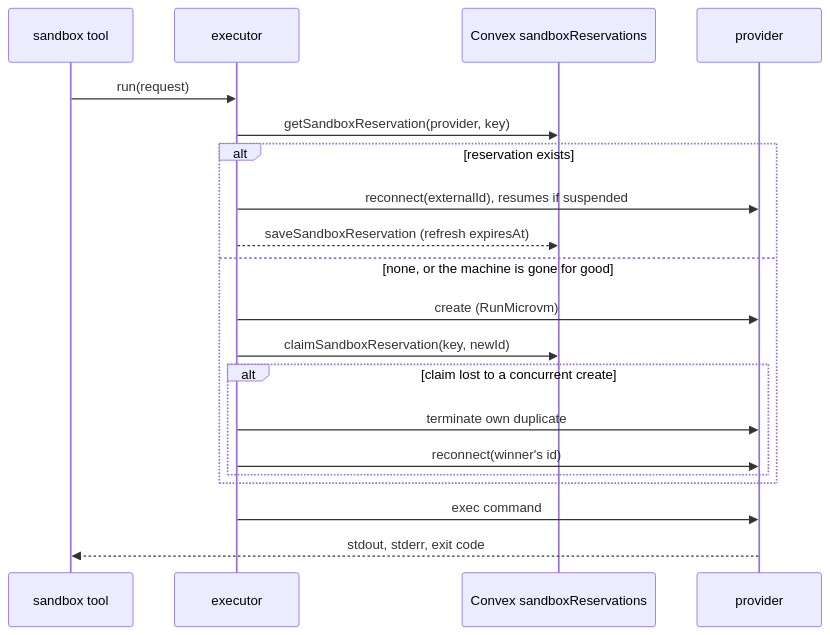
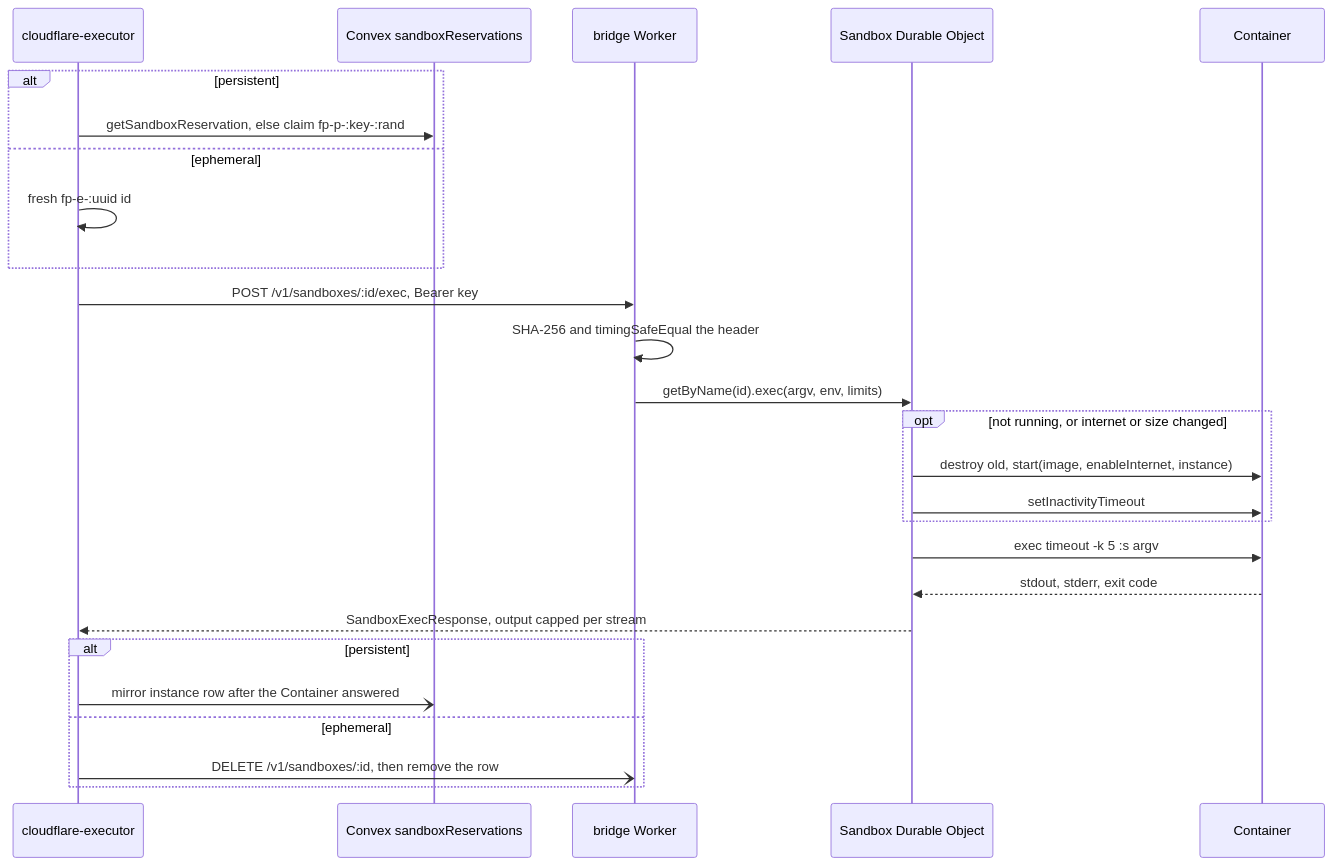
Before and after one commit to beeblastco/broods: diagram 16 of 21 in apps/docs/docs/internals/sandboxes.md, drawn with Mermaid. The commit also changed other lines of this file and 22 other files, not shown here.

First line of the commit message:
docs: fold the Cloudflare pages into their sections, rewrite internals diagram-first (#1010)

````diff
--- a/apps/docs/docs/internals/sandboxes.md
+++ b/apps/docs/docs/internals/sandboxes.md
@@ -325,23 +474,29 @@
 ```mermaid
 sequenceDiagram
-  participant T as sandbox tool
-  participant E as executor
+  participant E as cloudflare-executor
   participant R as Convex sandboxReservations
-  participant P as provider
+  participant W as bridge Worker
+  participant DO as Sandbox Durable Object
+  participant C as Container
 
-  T->>E: run(request)
-  E->>R: getSandboxReservation(provider, key)
-  alt reservation exists
-    E->>P: reconnect(externalId), resumes if suspended
-    E-->>R: saveSandboxReservation (refresh expiresAt)
-  else none, or the machine is gone for good
-    E->>P: create (RunMicrovm)
-    E->>R: claimSandboxReservation(key, newId)
-    alt claim lost to a concurrent create
-      E->>P: terminate own duplicate
-      E->>P: reconnect(winner's id)
-    end
+  alt persistent
+    E->>R: getSandboxReservation, else claim fp-p-:key-:rand
+  else ephemeral
+    E->>E: fresh fp-e-:uuid id
   end
-  E->>P: exec command
-  P-->>T: stdout, stderr, exit code
+  E->>W: POST /v1/sandboxes/:id/exec, Bearer key
+  W->>W: SHA-256 and timingSafeEqual the header
+  W->>DO: getByName(id).exec(argv, env, limits)
+  opt not running, or internet or size changed
+    DO->>C: destroy old, start(image, enableInternet, instance)
+    DO->>C: setInactivityTimeout
+  end
+  DO->>C: exec timeout -k 5 :s argv
+  C-->>DO: stdout, stderr, exit code
+  DO-->>E: SandboxExecResponse, output capped per stream
+  alt persistent
+    E-)R: mirror instance row after the Container answered
+  else ephemeral
+    E-)W: DELETE /v1/sandboxes/:id, then remove the row
+  end
 ```
````
